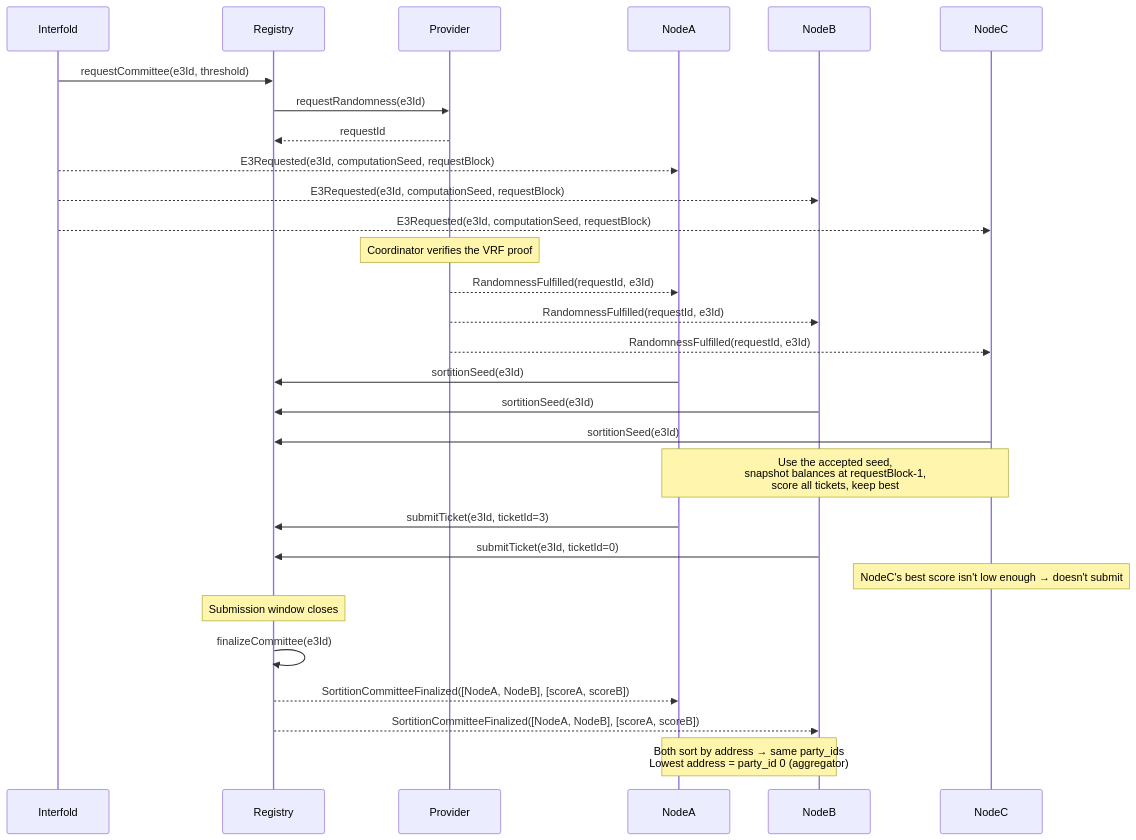
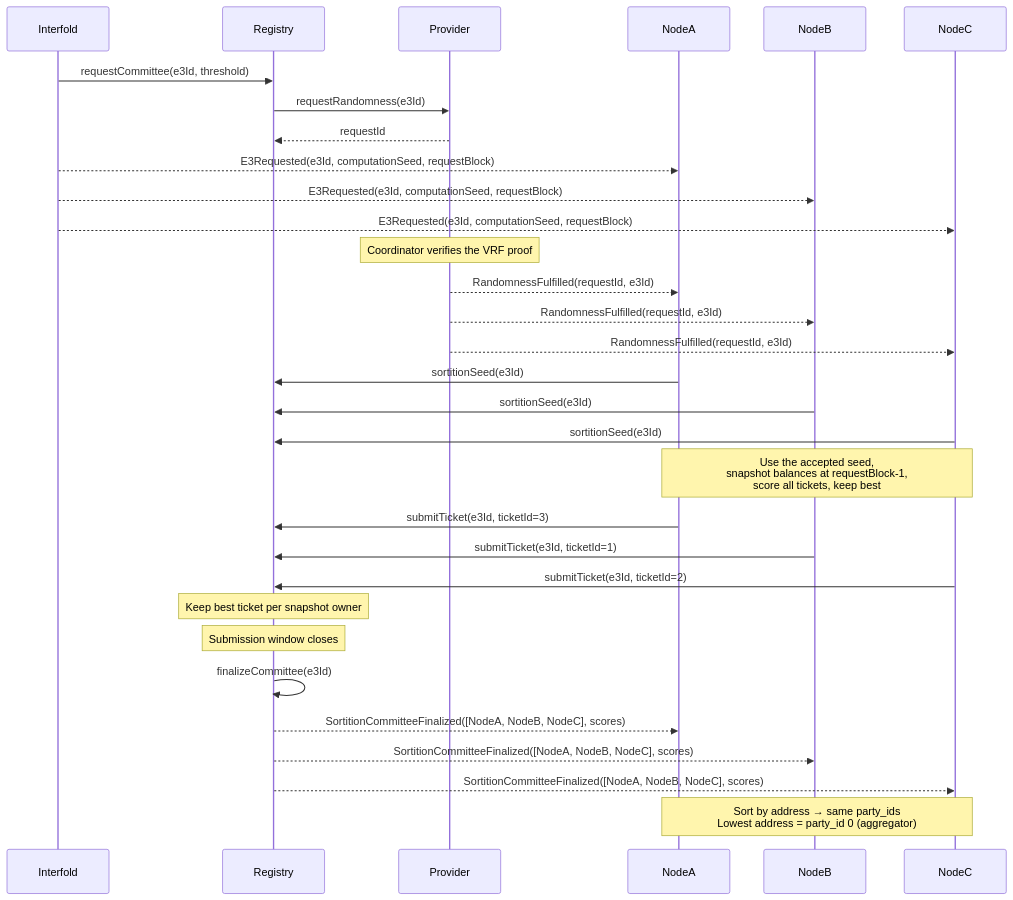
Before and after one commit to theinterfold/interfold: the diagram in docs/pages/internals/sortition.mdx, drawn with Mermaid. The commit also changed other lines of this file and 31 other files, not shown here.

Commit message:
fix(sortition): cap committees at one seat per bond owner

````diff
--- a/docs/pages/internals/sortition.mdx
+++ b/docs/pages/internals/sortition.mdx
@@ -222,36 +221,38 @@
 ```mermaid
 sequenceDiagram
     participant Interfold
     participant Registry
     participant Provider
     participant NodeA
     participant NodeB
     participant NodeC
 
     Interfold->>Registry: requestCommittee(e3Id, threshold)
     Registry->>Provider: requestRandomness(e3Id)
     Provider-->>Registry: requestId
     Interfold-->>NodeA: E3Requested(e3Id, computationSeed, requestBlock)
     Interfold-->>NodeB: E3Requested(e3Id, computationSeed, requestBlock)
     Interfold-->>NodeC: E3Requested(e3Id, computationSeed, requestBlock)
     Note over Provider: Coordinator verifies the VRF proof
     Provider-->>NodeA: RandomnessFulfilled(requestId, e3Id)
     Provider-->>NodeB: RandomnessFulfilled(requestId, e3Id)
     Provider-->>NodeC: RandomnessFulfilled(requestId, e3Id)
 
     NodeA->>Registry: sortitionSeed(e3Id)
     NodeB->>Registry: sortitionSeed(e3Id)
     NodeC->>Registry: sortitionSeed(e3Id)
     Note over NodeA,NodeC: Use the accepted seed,<br/>snapshot balances at requestBlock-1,<br/>score all tickets, keep best
 
     NodeA->>Registry: submitTicket(e3Id, ticketId=3)
-    NodeB->>Registry: submitTicket(e3Id, ticketId=0)
-    Note over NodeC: NodeC's best score isn't low enough → doesn't submit
+    NodeB->>Registry: submitTicket(e3Id, ticketId=1)
+    NodeC->>Registry: submitTicket(e3Id, ticketId=2)
+    Note over Registry: Keep best ticket per snapshot owner
 
     Note over Registry: Submission window closes
     Registry->>Registry: finalizeCommittee(e3Id)
-    Registry-->>NodeA: SortitionCommitteeFinalized([NodeA, NodeB], [scoreA, scoreB])
-    Registry-->>NodeB: SortitionCommitteeFinalized([NodeA, NodeB], [scoreA, scoreB])
+    Registry-->>NodeA: SortitionCommitteeFinalized([NodeA, NodeB, NodeC], scores)
+    Registry-->>NodeB: SortitionCommitteeFinalized([NodeA, NodeB, NodeC], scores)
+    Registry-->>NodeC: SortitionCommitteeFinalized([NodeA, NodeB, NodeC], scores)
 
-    Note over NodeA,NodeB: Both sort by address → same party_ids<br/>Lowest address = party_id 0 (aggregator)
+    Note over NodeA,NodeC: Sort by address → same party_ids<br/>Lowest address = party_id 0 (aggregator)
 ```
````
